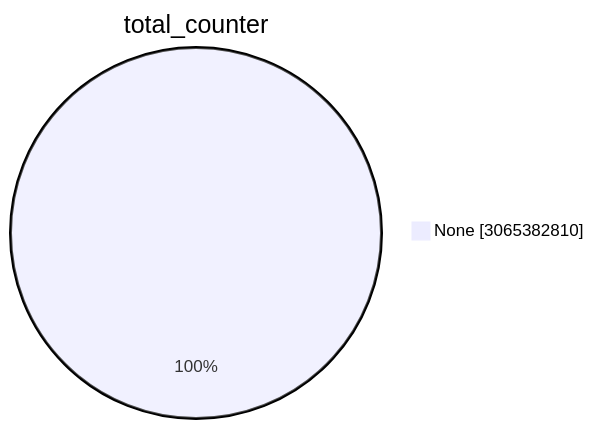
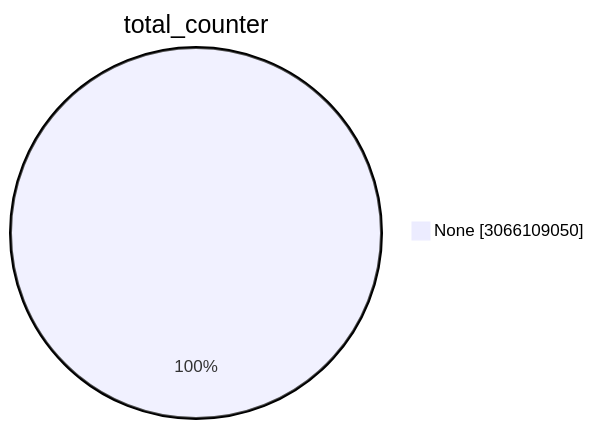
Before and after one commit to christiankrug/ctmonitor_visualization: the first of 15 diagrams in TOTAL/README.md, drawn with Mermaid. The commit also changed other lines of this file, not shown here.

````diff
--- a/TOTAL/README.md
+++ b/TOTAL/README.md
@@ -1,5 +1,5 @@
 ```mermaid
 pie showData
 title total_counter
-"None" :3065382810
+"None" :3066109050
 ```
````
